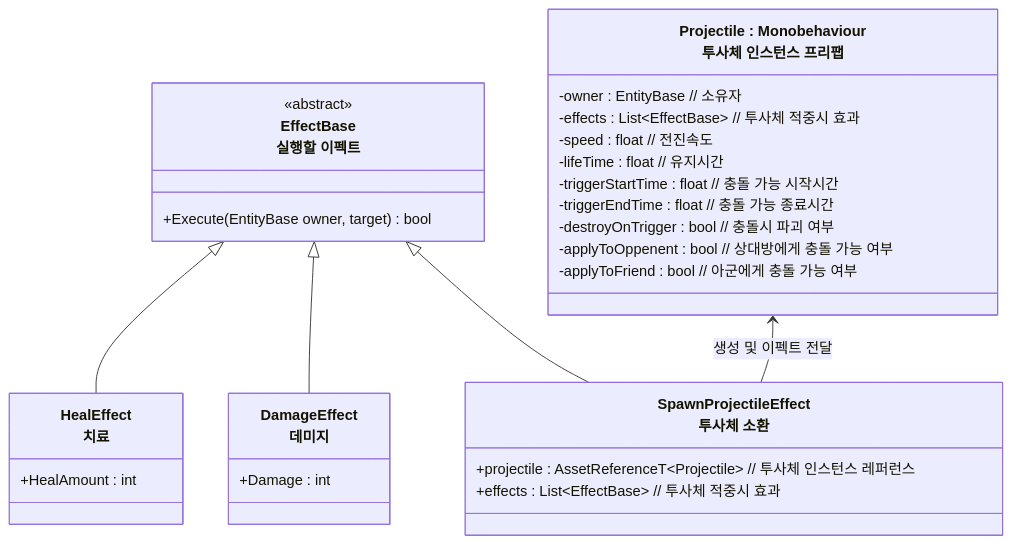
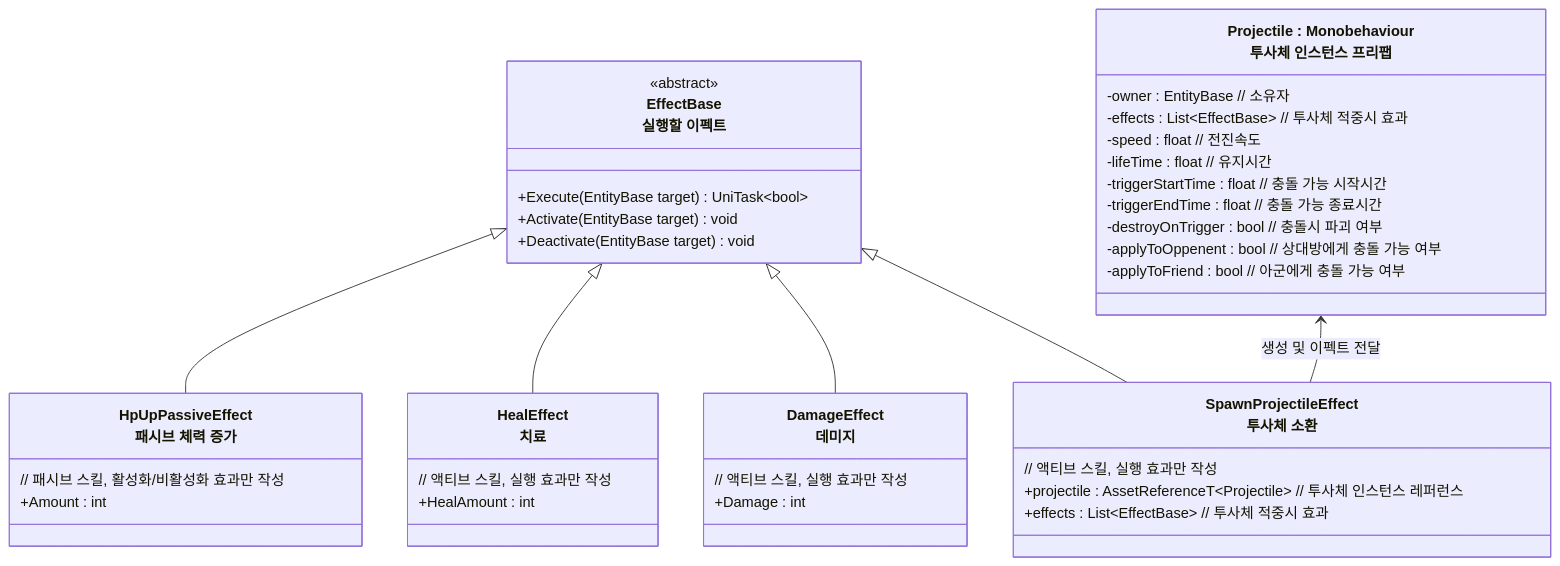
The second of 2 diagrams in README/스킬시스템_설계.md (JIN5EOK/DungeonShooter), drawn with Mermaid before and after one commit. The commit also changed other lines of this file, not shown here.

Commit message:
docs: 패시브 스킬 시스템 설계 작성

````diff
--- a/README/스킬시스템_설계.md
+++ b/README/스킬시스템_설계.md
@@ -45,37 +57,49 @@
 ```mermaid
 classDiagram
     class EffectBase["EffectBase<br>실행할 이펙트"]{
         <<abstract>>
-        +Execute(EntityBase owner, target) bool
+        +Execute(EntityBase target) UniTask~bool~
+        +Activate(EntityBase target) void
+        +Deactivate(EntityBase target) void
     }
 
+	class HpUpPassiveEffect["HpUpPassiveEffect<br>패시브 체력 증가"]{
+		// 패시브 스킬, 활성화/비활성화 효과만 작성
+		+Amount : int
+		
+	}
+	
     class DamageEffect["DamageEffect<br>데미지"]{
+        // 액티브 스킬, 실행 효과만 작성
         +Damage : int
     }
 
     class HealEffect["HealEffect<br>치료"]{
+        // 액티브 스킬, 실행 효과만 작성
         +HealAmount : int
     }
 
     class SpawnProjectileEffect["SpawnProjectileEffect<br>투사체 소환"]{
+	    // 액티브 스킬, 실행 효과만 작성
         +projectile : AssetReferenceT~Projectile~ // 투사체 인스턴스 레퍼런스
         +effects : List~EffectBase~ // 투사체 적중시 효과
     }
     
     class Projectile["Projectile : Monobehaviour<br>투사체 인스턴스 프리팹"]{
         -owner : EntityBase // 소유자
         -effects : List~EffectBase~ // 투사체 적중시 효과
         -speed : float // 전진속도
         -lifeTime : float // 유지시간
         -triggerStartTime : float // 충돌 가능 시작시간
         -triggerEndTime : float // 충돌 가능 종료시간
         -destroyOnTrigger : bool // 충돌시 파괴 여부
         -applyToOppenent : bool // 상대방에게 충돌 가능 여부
         -applyToFriend : bool // 아군에게 충돌 가능 여부
     }
 
+    EffectBase <|-- HpUpPassiveEffect
     EffectBase <|-- HealEffect
     EffectBase <|-- DamageEffect
     EffectBase <|-- SpawnProjectileEffect
     Projectile <-- SpawnProjectileEffect : 생성 및 이펙트 전달
 ```
````
